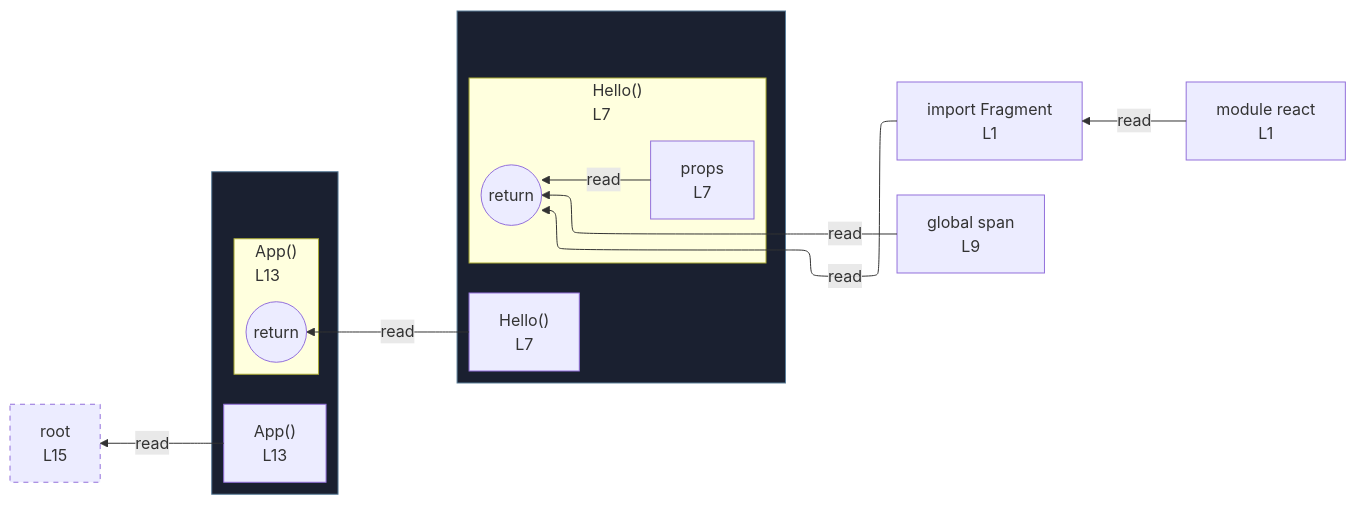
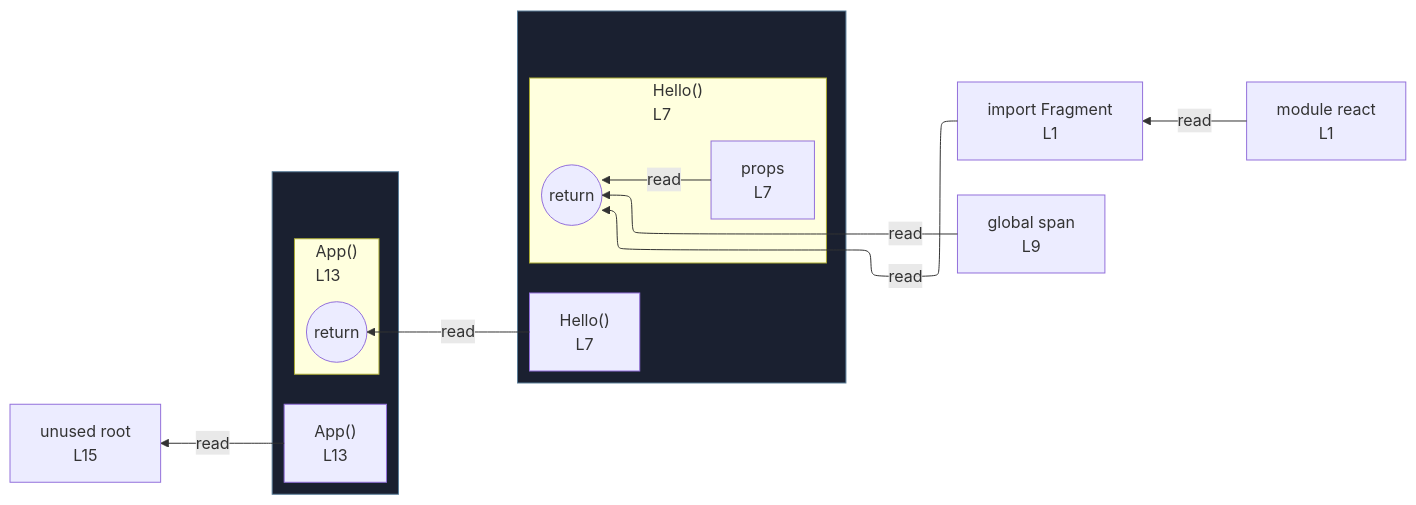
One commit to crescware/unsnarl changed the diagram in integration/fixtures/jsx-component/preview.md. Above: the diagram before and after it, drawn with Mermaid. The commit also changed 75 other files, not shown here.

````diff
--- a/integration/fixtures/jsx-component/preview.md
+++ b/integration/fixtures/jsx-component/preview.md
@@ -25,36 +25,34 @@
 ```mermaid
 %%{init: {"flowchart": {"defaultRenderer": "elk"}}}%%
 flowchart RL
   n_scope_0_Fragment_9["import Fragment<br/>L1"]
-  n_scope_0_root_237["root<br/>L15"]
+  n_scope_0_root_237["unused root<br/>L15"]
   n_scope_0_span_125["global span<br/>L9"]
   subgraph wrap_s_scope_1[" "]
     direction TB
     n_scope_0_Hello_79["Hello()<br/>L7"]
     subgraph s_scope_1["Hello()<br/>L7"]
       direction RL
       return_scope_0_Hello_79((return))
       n_scope_1_props_88["props<br/>L7"]
     end
   end
   subgraph wrap_s_scope_2[" "]
     direction TB
     n_scope_0_App_196["App()<br/>L13"]
     subgraph s_scope_2["App()<br/>L13"]
       direction RL
       return_scope_0_App_196((return))
     end
   end
   n_scope_0_Fragment_9 -->|read| return_scope_0_Hello_79
   n_scope_0_span_125 -->|read| return_scope_0_Hello_79
   n_scope_1_props_88 -->|read| return_scope_0_Hello_79
   n_scope_0_Hello_79 -->|read| return_scope_0_App_196
   n_scope_0_App_196 -->|read| n_scope_0_root_237
   mod_react["module react<br/>L1"]
   mod_react -->|read| n_scope_0_Fragment_9
   classDef fnWrap fill:#1a2030,stroke:#5a7d99;
   class wrap_s_scope_1 fnWrap;
   class wrap_s_scope_2 fnWrap;
-  classDef unused stroke-dasharray: 5 5;
-  class n_scope_0_root_237 unused;
 ```
````
